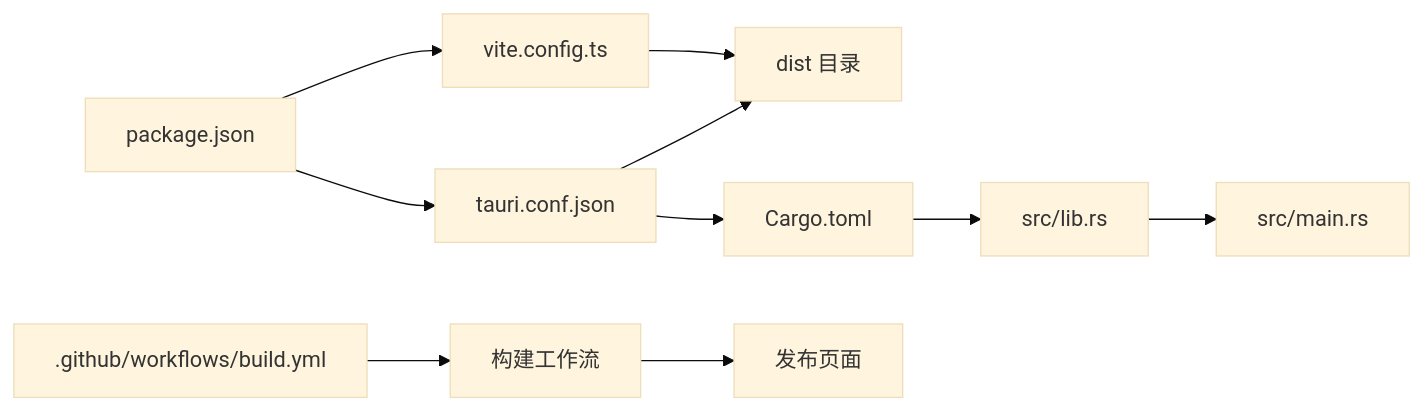
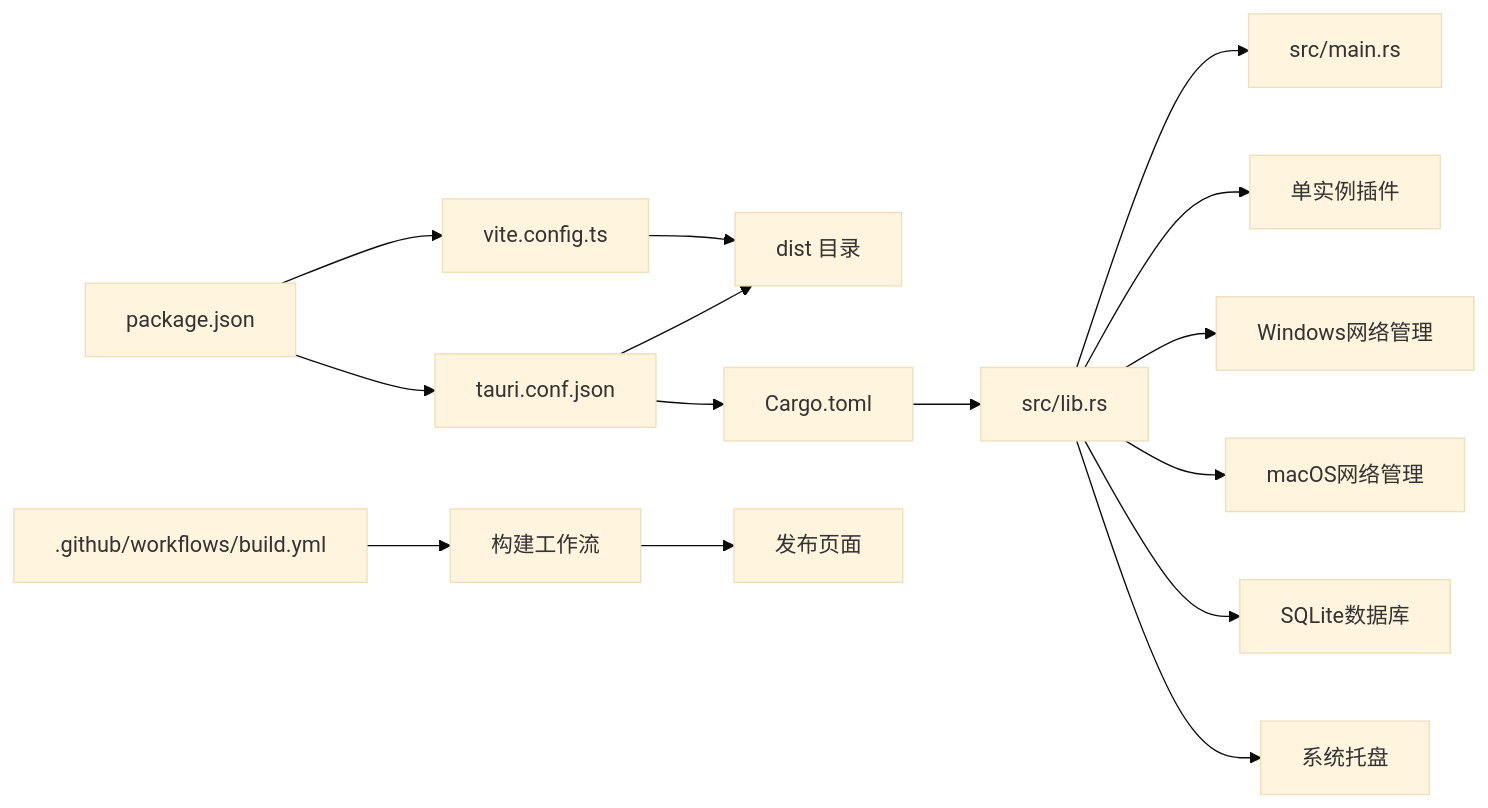
The third of 3 diagrams in .qoder/repowiki/zh/content/部署指南.md (xdongliang/IPSwitcher), drawn with Mermaid (base theme) before and after one commit. The commit also changed other lines of this file and 3 other files, not shown here.

````diff
--- a/.qoder/repowiki/zh/content/部署指南.md
+++ b/.qoder/repowiki/zh/content/部署指南.md
@@ -182,12 +272,17 @@
 ```mermaid
 graph LR
 Pkg["package.json"] --> ViteCfg["vite.config.ts"]
 Pkg --> TauriConf["tauri.conf.json"]
 ViteCfg --> Dist["dist 目录"]
 TauriConf --> Dist
 TauriConf --> CargoToml["Cargo.toml"]
 CargoToml --> LibRs["src/lib.rs"]
 LibRs --> MainRs["src/main.rs"]
+LibRs --> SingleInstance["单实例插件"]
+LibRs --> WindowsNet["Windows网络管理"]
+LibRs --> MacOSNet["macOS网络管理"]
+LibRs --> SQLiteDB["SQLite数据库"]
+LibRs --> TrayIcon["系统托盘"]
 Actions[".github/workflows/build.yml"] --> Workflow["构建工作流"]
 Workflow --> Release["发布页面"]
 ```
````
